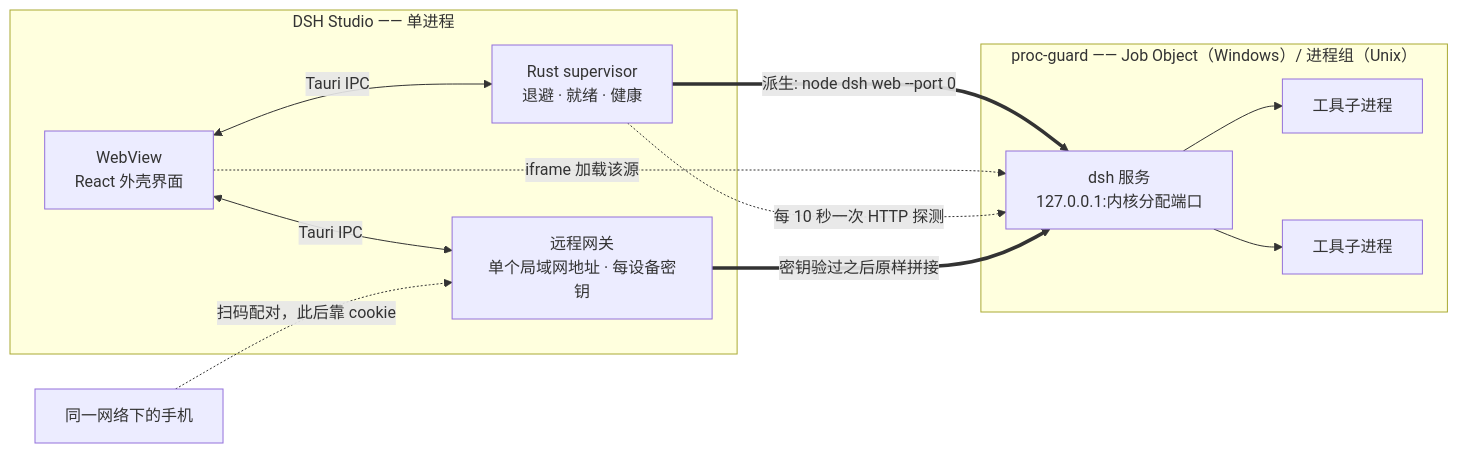
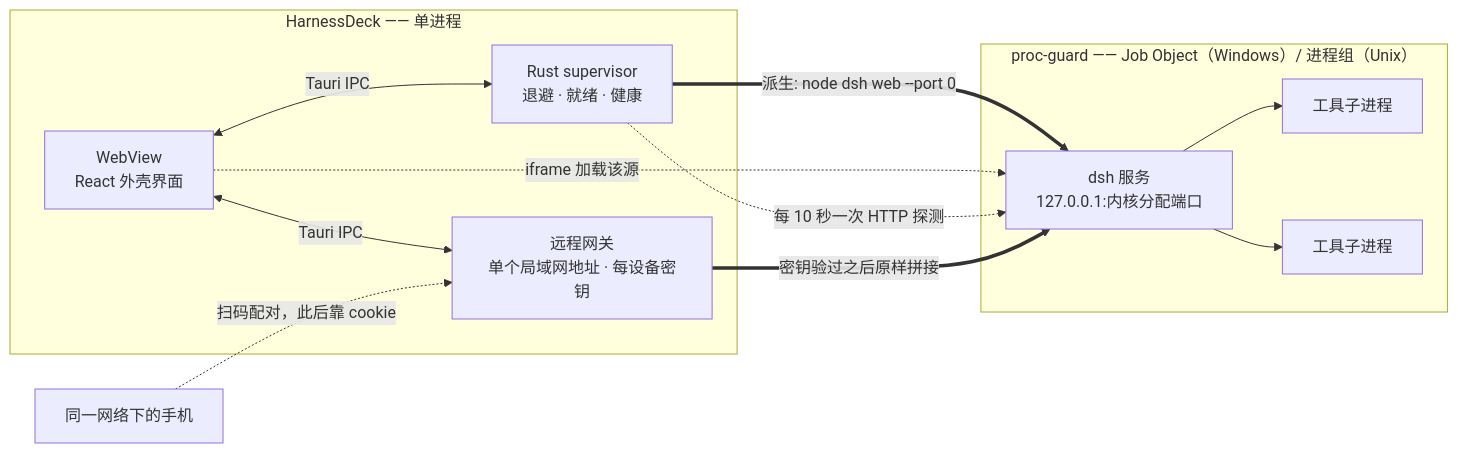
Before and after one commit to duyanta123/HarnessDeck: the diagram in README.zh-CN.md, drawn with Mermaid. The commit also changed other lines of this file and 76 other files, not shown here.

Commit message:
feat: add multi-project workspaces and rebrand to HarnessDeck

````diff
--- a/README.zh-CN.md
+++ b/README.zh-CN.md
@@ -124,27 +124,27 @@
 ```mermaid
 flowchart LR
   phone["同一网络下的手机"]
 
-  subgraph app["DSH Studio —— 单进程"]
+  subgraph app["HarnessDeck —— 单进程"]
     ui["WebView<br/>React 外壳界面"]
     sup["Rust supervisor<br/>退避 · 就绪 · 健康"]
     gw["远程网关<br/>单个局域网地址 · 每设备密钥"]
     ui <-->|Tauri IPC| sup
     ui <-->|Tauri IPC| gw
   end
 
   sup ==>|"派生: node dsh web --port 0"| dsh
 
   subgraph guard["proc-guard —— Job Object（Windows）/ 进程组（Unix）"]
     dsh["dsh 服务<br/>127.0.0.1:内核分配端口"]
     t1["工具子进程"]
     t2["工具子进程"]
     dsh --> t1
     dsh --> t2
   end
 
   ui -.->|iframe 加载该源| dsh
   sup -.->|"每 10 秒一次 HTTP 探测"| dsh
   phone -.->|"扫码配对，此后靠 cookie"| gw
   gw ==>|"密钥验过之后原样拼接"| dsh
 ```
````
